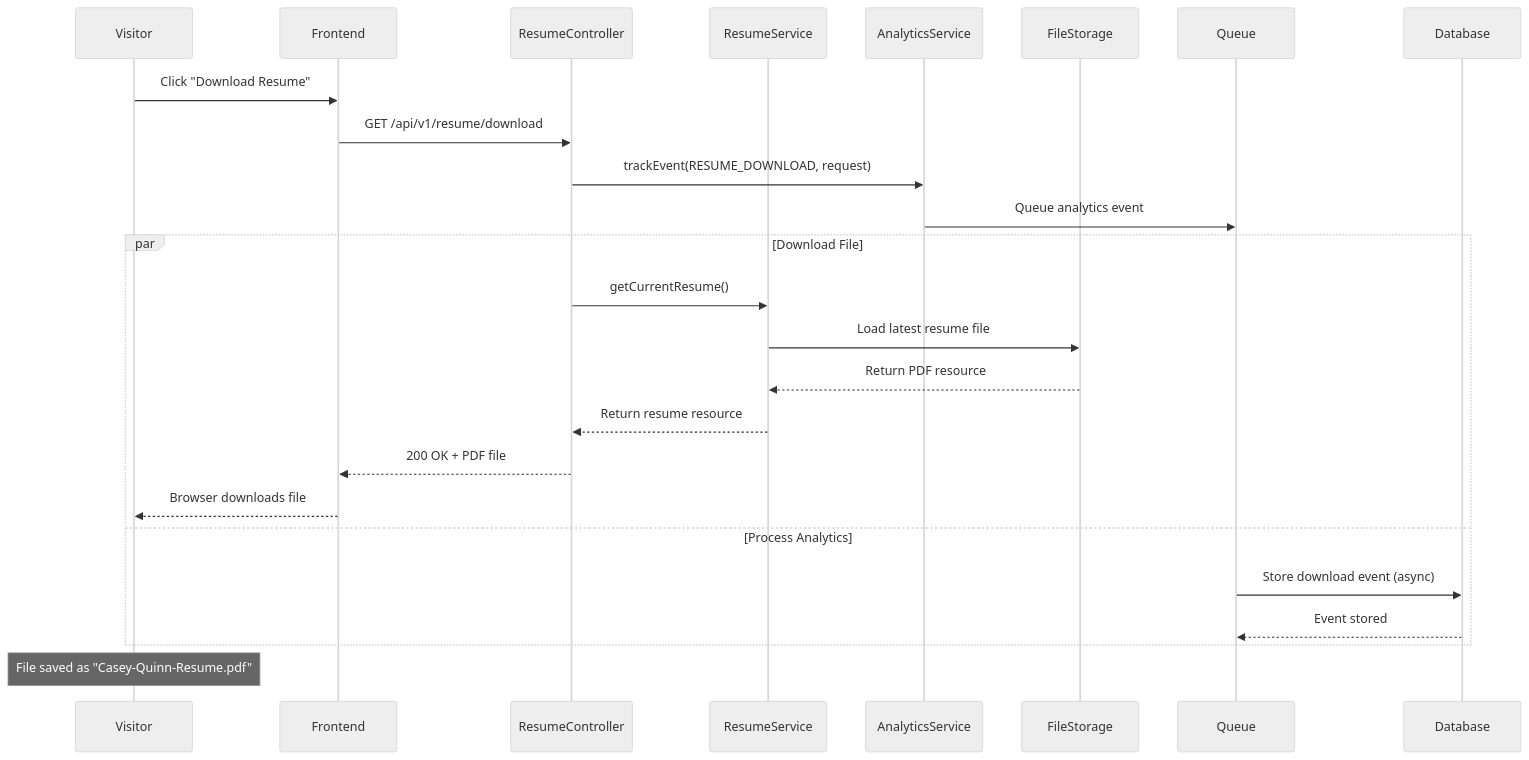
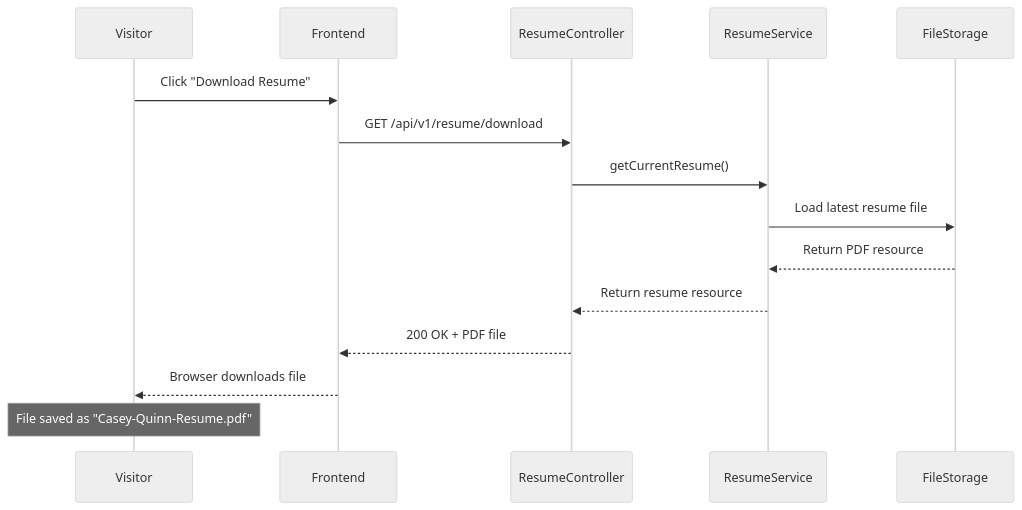
Before and after one commit to caseythecoder90/personal-website-backend: the seventh of 10 diagrams in docs/architecture/DIAGRAMS.md, drawn with Mermaid (neutral theme). The commit also changed other lines of this file and 22 other files, not shown here.

````diff
--- a/docs/architecture/DIAGRAMS.md
+++ b/docs/architecture/DIAGRAMS.md
@@ -400,30 +332,19 @@
 ```mermaid
 sequenceDiagram
     participant V as Visitor
     participant UI as Frontend
     participant C as ResumeController
     participant S as ResumeService
-    participant AS as AnalyticsService
     participant FS as FileStorage
-    participant Q as Queue
-    participant DB as Database
 
     V->>UI: Click "Download Resume"
     UI->>C: GET /api/v1/resume/download
-    C->>AS: trackEvent(RESUME_DOWNLOAD, request)
-    AS->>Q: Queue analytics event
-    
-    par Download File
-        C->>S: getCurrentResume()
-        S->>FS: Load latest resume file
-        FS-->>S: Return PDF resource
-        S-->>C: Return resume resource
-        C-->>UI: 200 OK + PDF file
-        UI-->>V: Browser downloads file
-    and Process Analytics
-        Q->>DB: Store download event (async)
-        DB-->>Q: Event stored
-    end
-    
+    C->>S: getCurrentResume()
+    S->>FS: Load latest resume file
+    FS-->>S: Return PDF resource
+    S-->>C: Return resume resource
+    C-->>UI: 200 OK + PDF file
+    UI-->>V: Browser downloads file
+
     Note over V: File saved as "Casey-Quinn-Resume.pdf"
 ```
````
